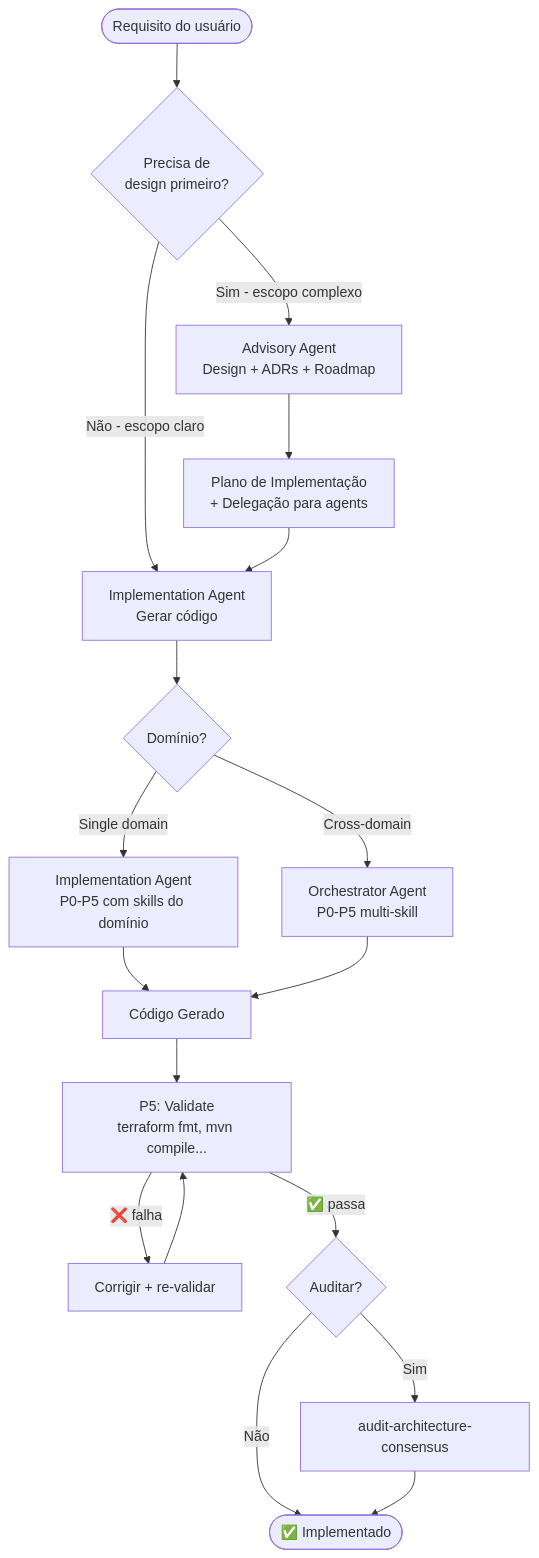
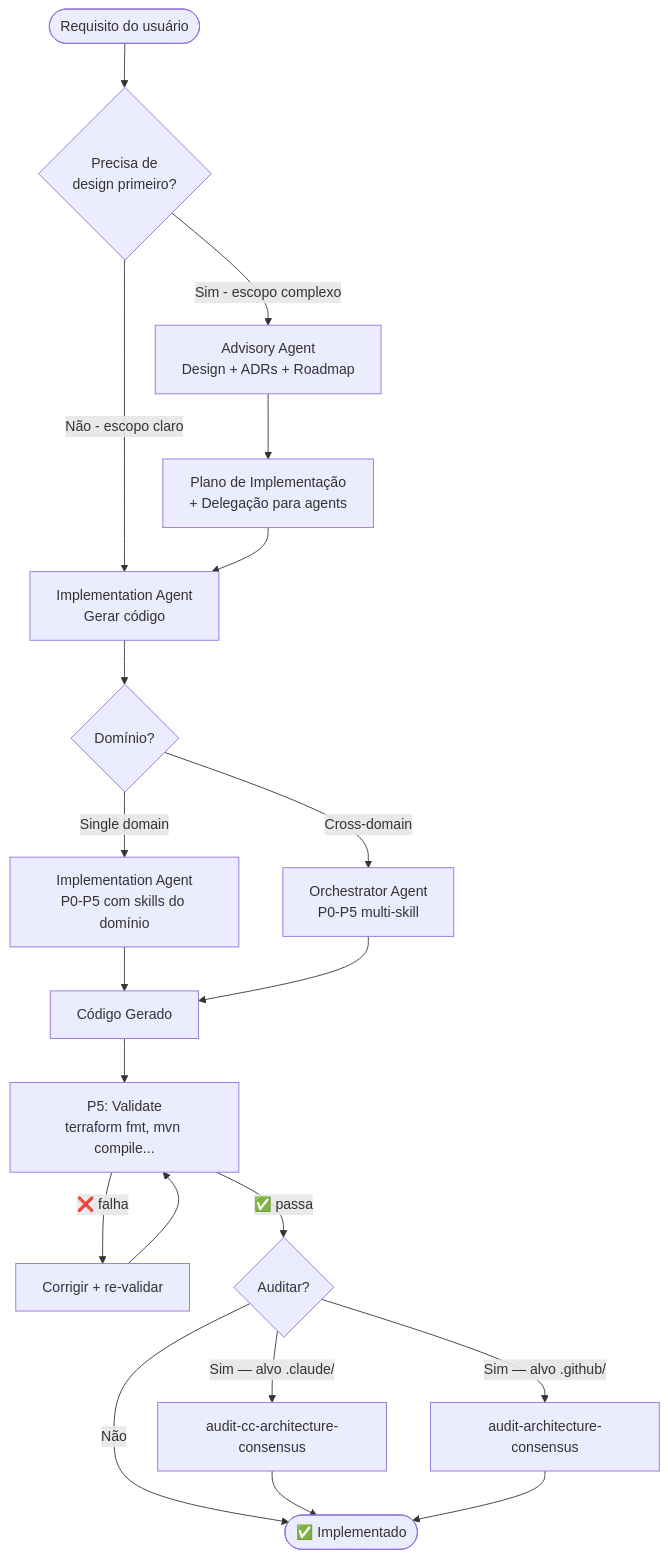
The first of 5 diagrams in docs/fluxos/fluxo-implementacao.md (rodrigo-mendes/agents-factory), drawn with Mermaid before and after one commit. The commit also changed other lines of this file and 90 other files, not shown here.

````diff
--- a/docs/fluxos/fluxo-implementacao.md
+++ b/docs/fluxos/fluxo-implementacao.md
@@ -9,30 +9,32 @@
 ```mermaid
 flowchart TD
     START([Requisito do usuário]) --> TYPE{Precisa de<br/>design primeiro?}
     
     TYPE -->|Sim - escopo complexo| ADV[Advisory Agent<br/>Design + ADRs + Roadmap]
     TYPE -->|Não - escopo claro| IMPL[Implementation Agent<br/>Gerar código]
     
     ADV --> PLAN[Plano de Implementação<br/>+ Delegação para agents]
     PLAN --> IMPL
     
     IMPL --> DOMAIN{Domínio?}
     
     DOMAIN -->|Single domain| SINGLE[Implementation Agent<br/>P0-P5 com skills do domínio]
     DOMAIN -->|Cross-domain| ORCH[Orchestrator Agent<br/>P0-P5 multi-skill]
     
     SINGLE --> CODE[Código Gerado]
     ORCH --> CODE
     
     CODE --> VALID[P5: Validate<br/>terraform fmt, mvn compile...]
     
     VALID -->|❌ falha| FIX[Corrigir + re-validar]
     FIX --> VALID
     
     VALID -->|✅ passa| AUDIT{Auditar?}
     
-    AUDIT -->|Sim| ARC[audit-architecture-consensus]
+    AUDIT -->|Sim — alvo .claude/| ARC[audit-cc-architecture-consensus]
+    AUDIT -->|Sim — alvo .github/| ARCP[audit-architecture-consensus]
     AUDIT -->|Não| DONE([✅ Implementado])
     
     ARC --> DONE
+    ARCP --> DONE
 ```
````
